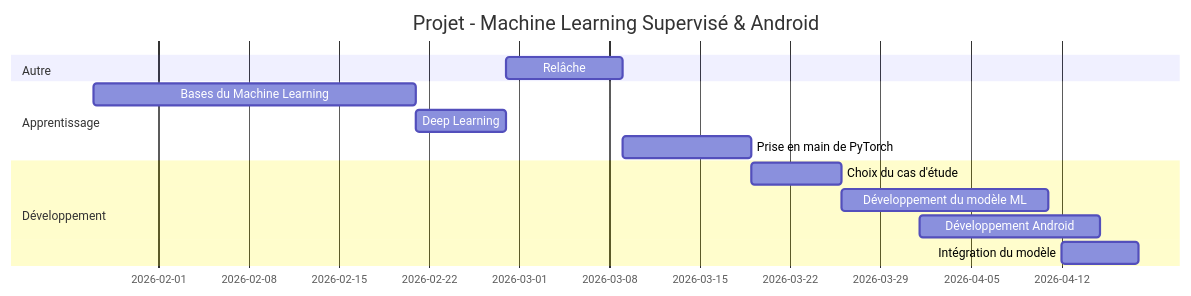
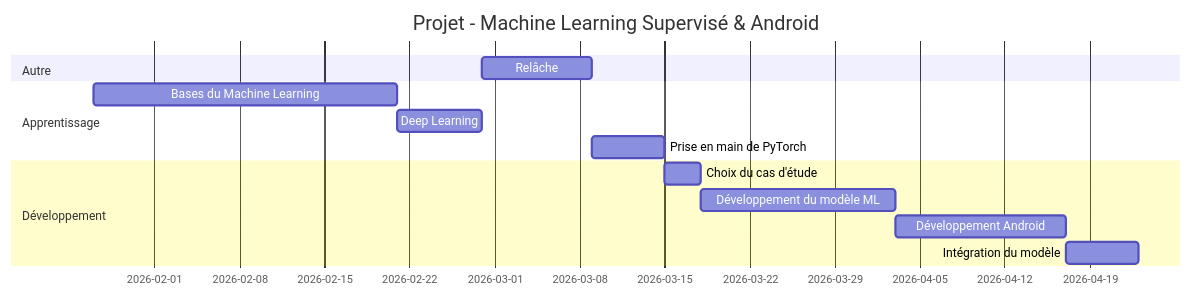
The diagram in Gantt.md (MartinDelhaye/Projet-ML-Mobile), drawn with Mermaid before and after one commit.

Commit message:
modif gantt

````diff
--- a/Gantt.md
+++ b/Gantt.md
@@ -1,19 +1,19 @@
 ```mermaid
 gantt
     title Projet - Machine Learning Supervisé & Android
     dateFormat  YYYY-MM-DD
 
     section Autre
     Relâche                          :r1, 2026-02-28, 9d
 
     section Apprentissage
     Bases du Machine Learning         :a1, 2026-01-27, 25d
-    Deep Learning                     :a2, 2026-02-21, 7d
-    Prise en main de PyTorch          :a3, 2026-03-09, 10d
+    Deep Learning                     :a2, after a1, 7d
+    Prise en main de PyTorch          :a3, 2026-03-09, 6d
 
     section Développement
-    Choix du cas d'étude              :b1, 2026-03-19, 7d
-    Développement du modèle ML        :b2, 2026-03-26, 16d
-    Développement Android             :b3, 2026-04-01, 14d
-    Intégration du modèle             :b4, 2026-04-12, 6d
+    Choix du cas d'étude              :b1, after a3, 3d
+    Développement du modèle ML        :b2, after b1, 16d
+    Développement Android             :b3, after b2, 14d
+    Intégration du modèle             :b4, after b3, 6d
 ```
````
